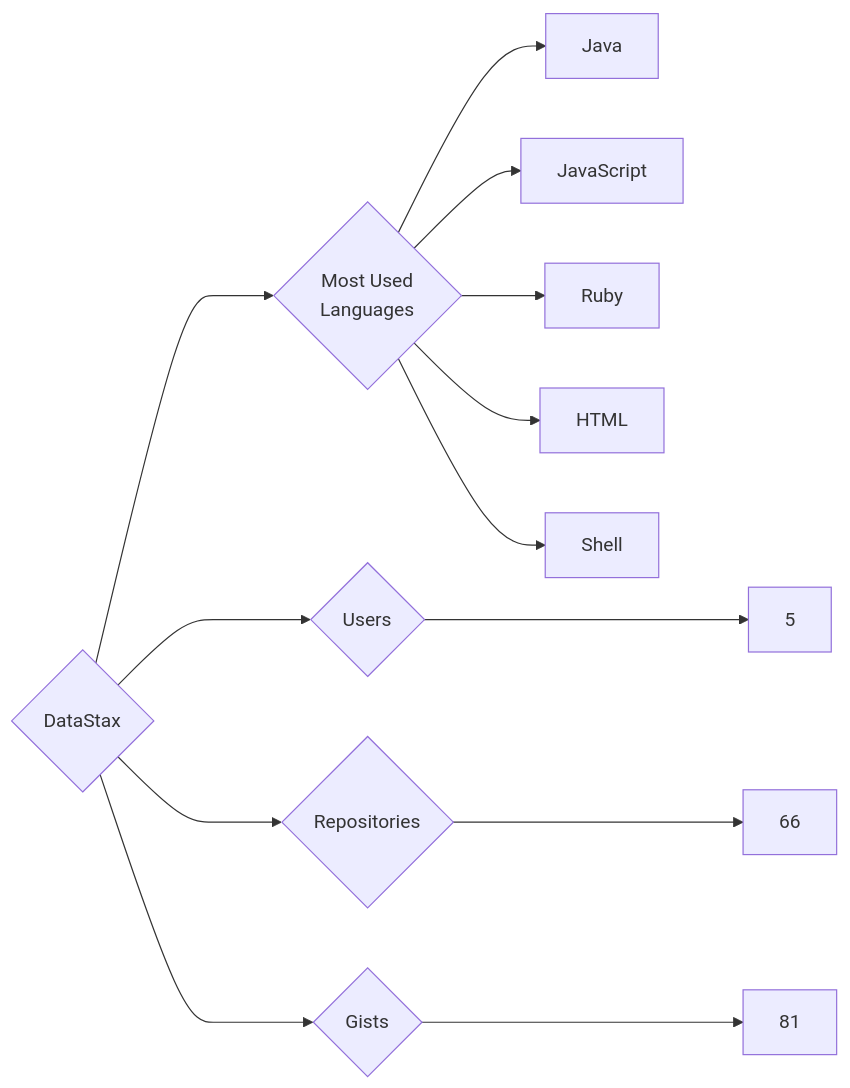
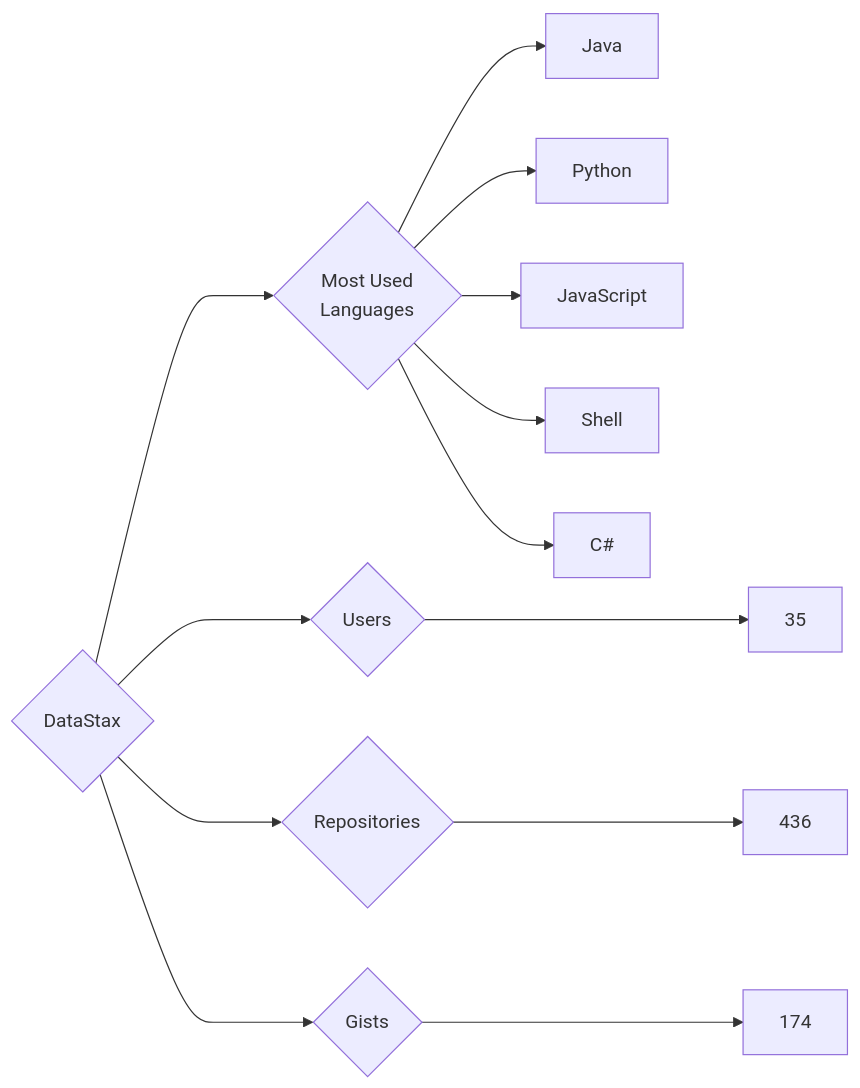
Before and after one commit to trickest/insiders: the diagram in targets/DataStax/README.md, drawn with Mermaid. The commit also changed 775 other files, not shown here.

````diff
--- a/targets/DataStax/README.md
+++ b/targets/DataStax/README.md
@@ -3,13 +3,13 @@
 ```mermaid
 graph LR
 COMPANY_NAME{DataStax}
-COMPANY_NAME ---> U{Users} ---> UN[5]
-COMPANY_NAME ---> R{Repositories} ---> RN[66]
-COMPANY_NAME ---> G{Gists} ---> GN[81]
+COMPANY_NAME ---> U{Users} ---> UN[35]
+COMPANY_NAME ---> R{Repositories} ---> RN[436]
+COMPANY_NAME ---> G{Gists} ---> GN[174]
 COMPANY_NAME ---> ML{Most Used<br>Languages}
 ML --> Java[Java]
+ML --> Python[Python]
 ML --> JavaScript[JavaScript]
-ML --> Ruby[Ruby]
-ML --> HTML[HTML]
 ML --> Shell[Shell]
+ML --> C#[C#]
 ```
````
